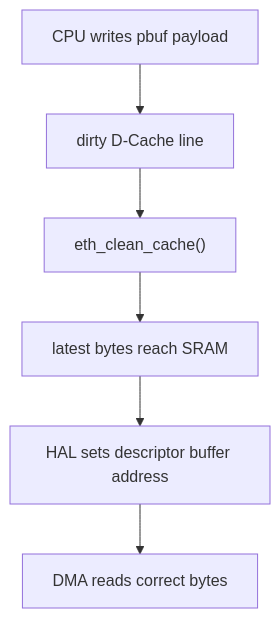
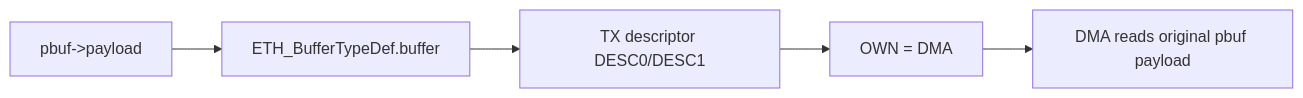
The fifth of 8 diagrams in docs/43-stm32h7-ethernet-dma-cache-zero-copy.md (wdfk-prog/lwIP-Source-Lab), drawn with Mermaid before and after one commit. The commit also changed other lines of this file and 49 other files, not shown here.

````diff
--- a/docs/43-stm32h7-ethernet-dma-cache-zero-copy.md
+++ b/docs/43-stm32h7-ethernet-dma-cache-zero-copy.md
@@ -394,8 +908,7 @@
 ```mermaid
-flowchart TD
-    A["CPU writes pbuf payload"] --> B["dirty D-Cache line"]
-    B --> C["eth_clean_cache()"]
-    C --> D["latest bytes reach SRAM"]
-    D --> E["HAL sets descriptor buffer address"]
-    E --> F["DMA reads correct bytes"]
+flowchart LR
+    A["pbuf->payload"] --> B["ETH_BufferTypeDef.buffer"]
+    B --> C["TX descriptor DESC0/DESC1"]
+    C --> D["OWN = DMA"]
+    D --> E["DMA reads original pbuf payload"]
 ```
````
